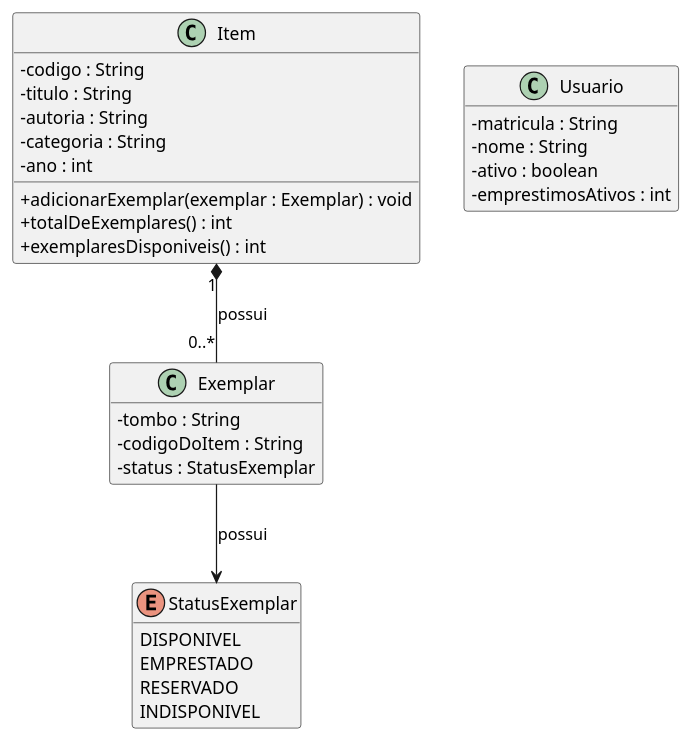
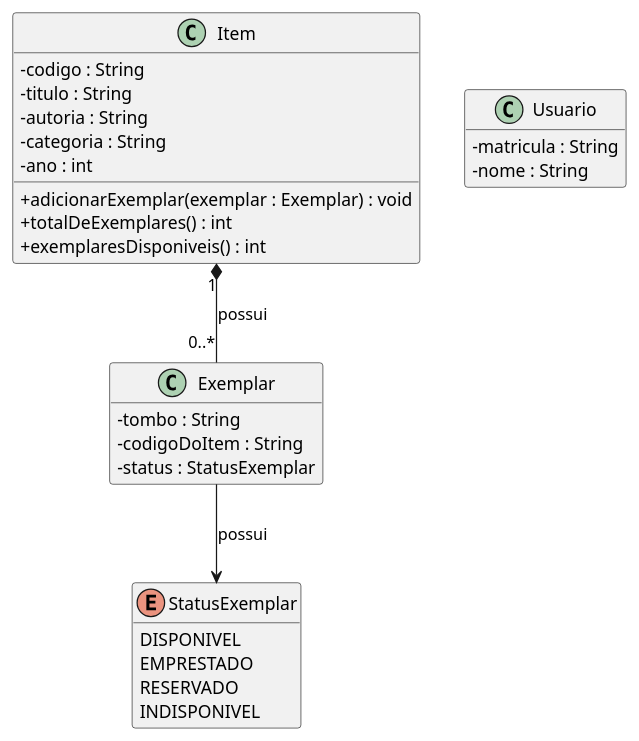
The diagram in docs/modelo.puml (poo-dcx-2026-2/equipe-01-itgirls), drawn with PlantUML before and after one commit. The commit also changed 3 other files, not shown here.

```diff
--- a/docs/modelo.puml
+++ b/docs/modelo.puml
@@ -1,47 +1,45 @@
 @startuml
 ' Modelo de domínio do sistema: Entrega 1.
 '
 ' Este arquivo é o ponto de partida. Substitua pelo modelo da sua equipe.
 ' O diagrama precisa corresponder ao código entregue.
 '
 ' Para gerar a imagem: instale o plugin PlantUML no IntelliJ, ou use
 '   plantuml docs/modelo.puml
 ' e versione a imagem gerada ao lado deste arquivo.
 
 skinparam classAttributeIconSize 0
 hide empty members
 
 class Item {
   - codigo : String
   - titulo : String
   - autoria : String
   - categoria : String
   - ano : int
   + adicionarExemplar(exemplar : Exemplar) : void
   + totalDeExemplares() : int
   + exemplaresDisponiveis() : int
 }
 
 class Exemplar {
   - tombo : String
   - codigoDoItem : String
   - status : StatusExemplar
 }
 
 enum StatusExemplar {
   DISPONIVEL
   EMPRESTADO
   RESERVADO
   INDISPONIVEL
 }
 
 class Usuario {
   - matricula : String
   - nome : String
-  - ativo : boolean
-  - emprestimosAtivos : int
 }
 
 Item "1" *-- "0..*" Exemplar : possui
 Exemplar --> StatusExemplar : possui
 @enduml
```
